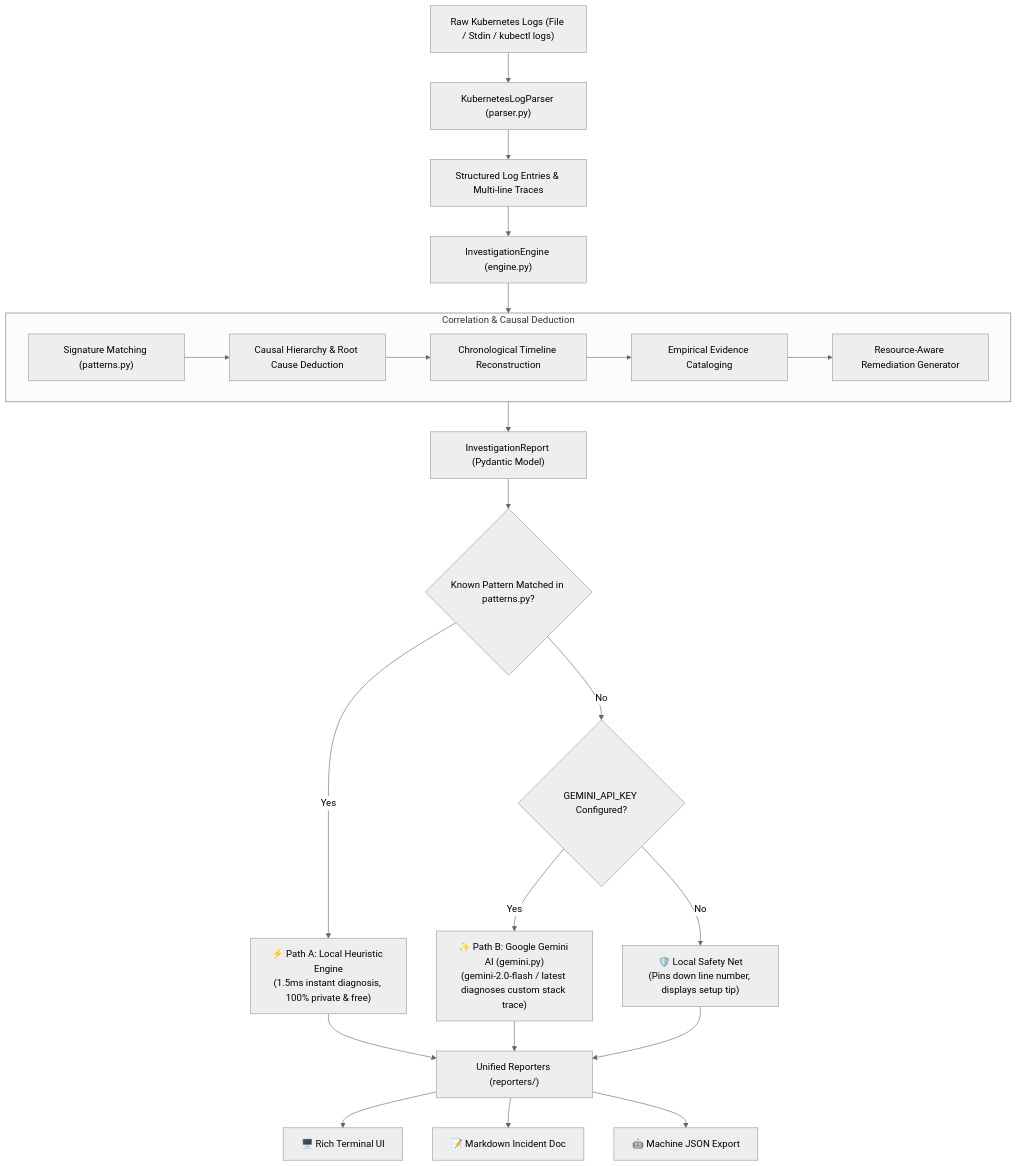
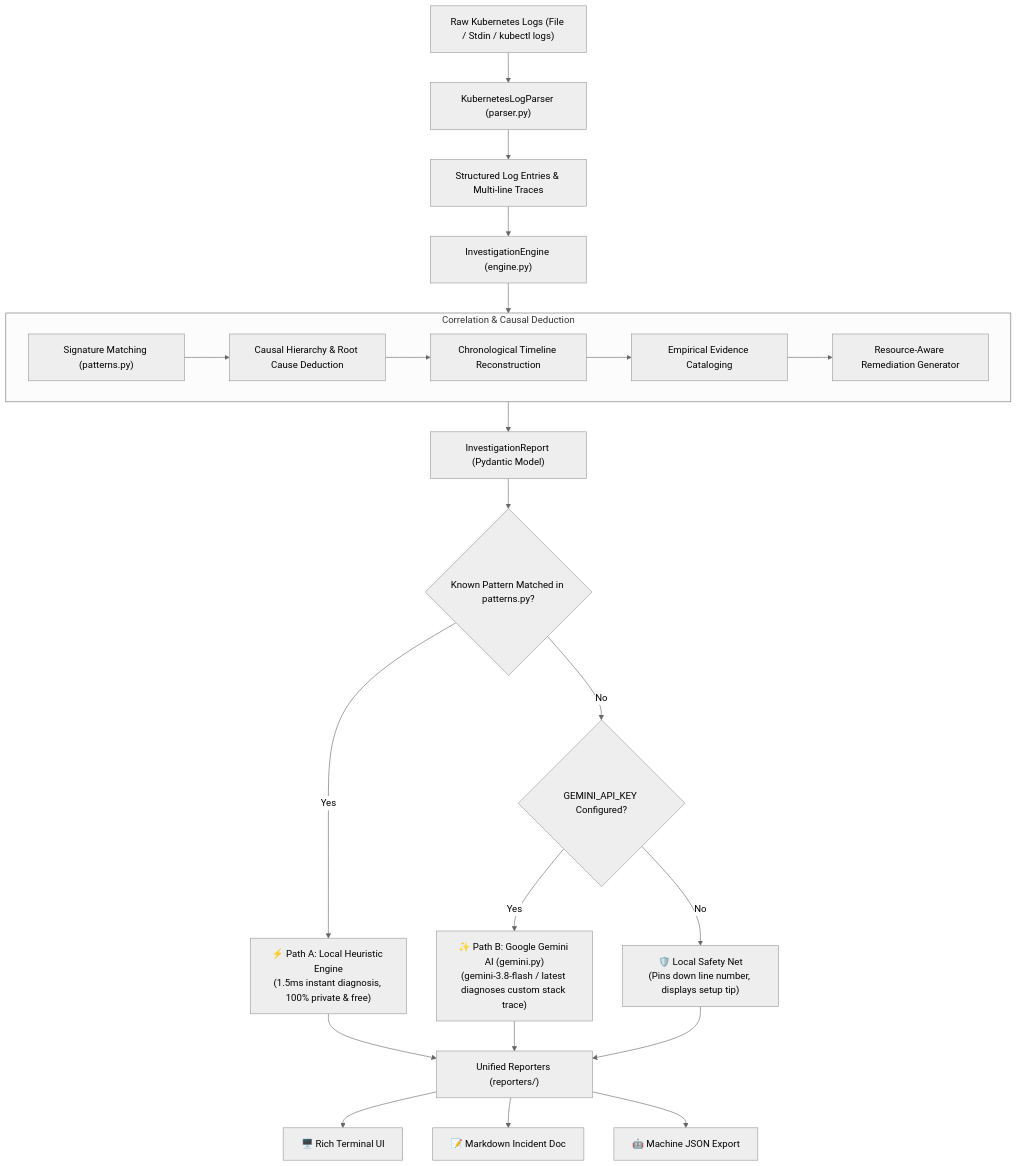
One commit to manjulearnings/kubernetes-investigation-agent changed the first of 2 diagrams in docs/README.md. Above: the diagram before and after it, drawn with Mermaid (neutral theme). The commit also changed other lines of this file and 5 other files, not shown here.

Commit message:
docs: add comprehensive architecture documentation and diagrams

````diff
--- a/docs/README.md
+++ b/docs/README.md
@@ -23,34 +23,34 @@
 ```mermaid
 flowchart TD
     A["Raw Kubernetes Logs (File / Stdin / kubectl logs)"] --> B["KubernetesLogParser (parser.py)"]
     B --> C["Structured Log Entries & Multi-line Traces"]
     C --> D["InvestigationEngine (engine.py)"]
     
     subgraph CoreEngine ["Correlation & Causal Deduction"]
         E["Signature Matching (patterns.py)"]
         F["Causal Hierarchy & Root Cause Deduction"]
         G["Chronological Timeline Reconstruction"]
         H["Empirical Evidence Cataloging"]
         I["Resource-Aware Remediation Generator"]
         E --> F --> G --> H --> I
     end
     
     D --> CoreEngine
     CoreEngine --> J["InvestigationReport (Pydantic Model)"]
     
     J --> K{"Known Pattern Matched in patterns.py?"}
     
     K -- Yes --> L["⚡ Path A: Local Heuristic Engine\n(1.5ms instant diagnosis, 100% private & free)"]
     
     K -- No --> M{"GEMINI_API_KEY Configured?"}
-    M -- Yes --> N["✨ Path B: Google Gemini AI (gemini.py)\n(gemini-2.0-flash / latest diagnoses custom stack trace)"]
+    M -- Yes --> N["✨ Path B: Google Gemini AI (gemini.py)\n(gemini-3.8-flash / latest diagnoses custom stack trace)"]
     M -- No --> O["🛡️ Local Safety Net\n(Pins down line number, displays setup tip)"]
     
     L --> P["Unified Reporters (reporters/)"]
     N --> P
     O --> P
     
     P --> Q["🖥️ Rich Terminal UI"]
     P --> R["📝 Markdown Incident Doc"]
     P --> S["🤖 Machine JSON Export"]
 ```
````
